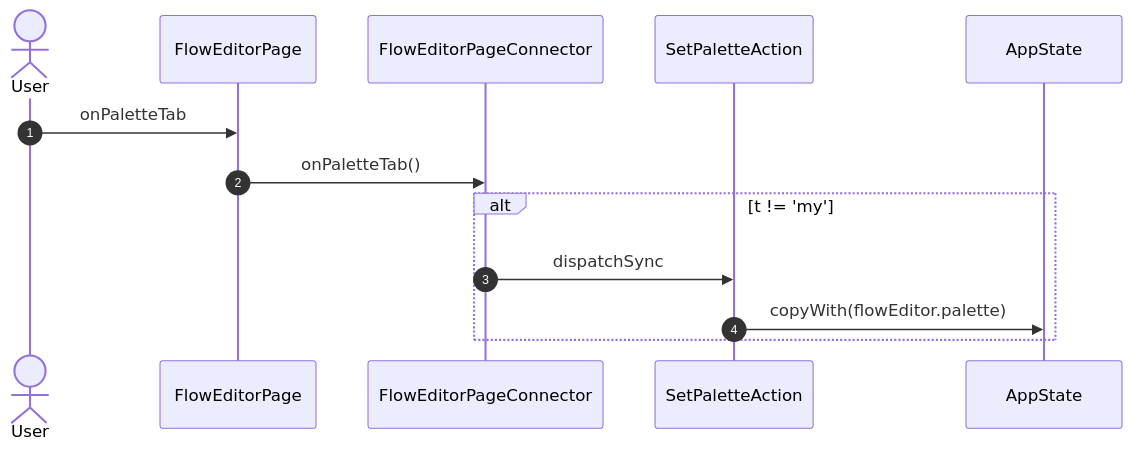
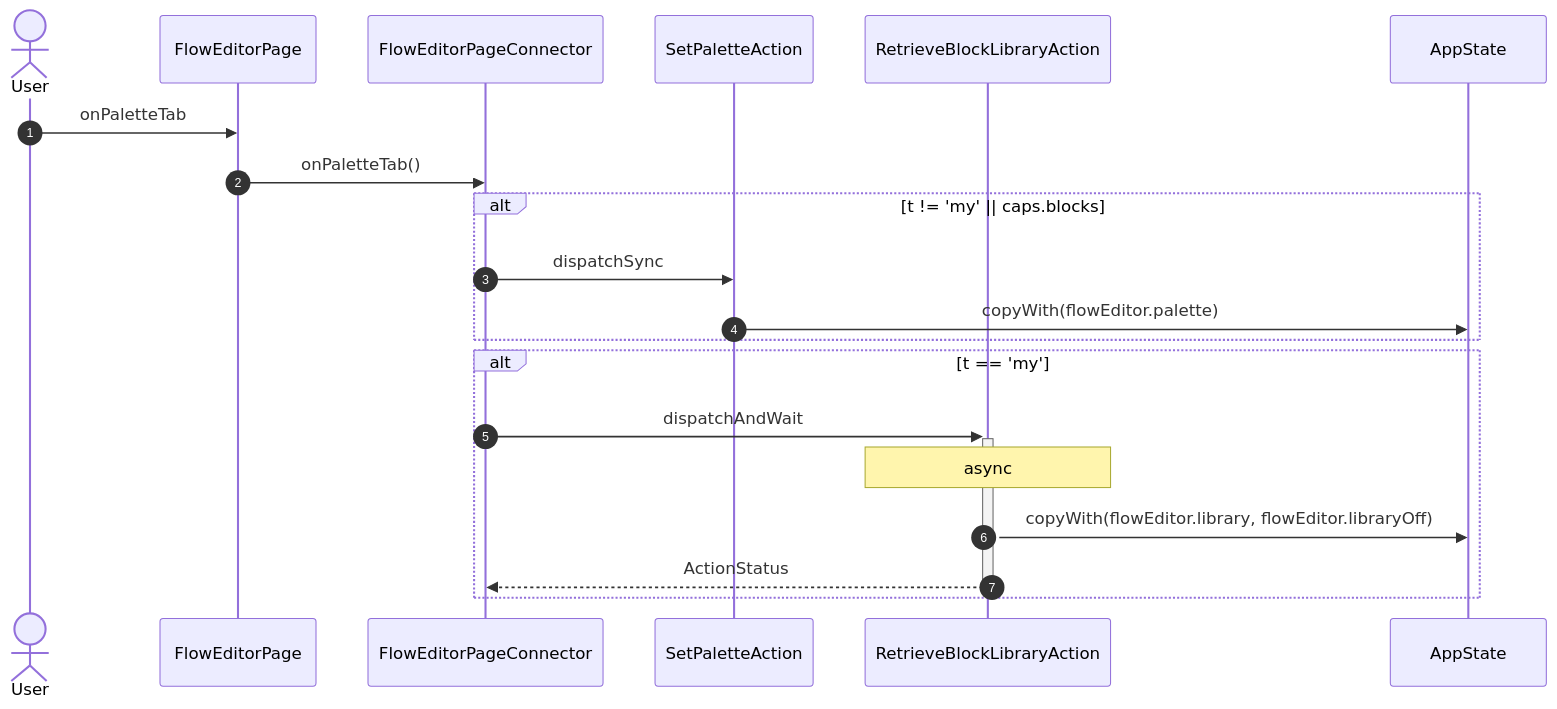
Diagram 19 of 42 in studio/docs/flows/flowEditor.md (gencto/wyrm), drawn with Mermaid before and after one commit. The commit also changed other lines of this file and 7 other files, not shown here.

````diff
--- a/studio/docs/flows/flowEditor.md
+++ b/studio/docs/flows/flowEditor.md
@@ -117,16 +375,23 @@
 ```mermaid
 sequenceDiagram
     autonumber
     actor User
     participant UI as FlowEditorPage
     participant VM as FlowEditorPageConnector
     participant A1 as SetPaletteAction
+    participant A2 as RetrieveBlockLibraryAction
     participant ST as AppState
 
     User->>UI: onPaletteTab
     UI->>VM: onPaletteTab()
-    alt t != 'my'
+    alt t != 'my' || caps.blocks
         VM->>A1: dispatchSync
         A1->>ST: copyWith(flowEditor.palette)
     end
+    alt t == 'my'
+        VM->>+A2: dispatchAndWait
+        Note over A2: async
+        A2->>ST: copyWith(flowEditor.library, flowEditor.libraryOff)
+        A2-->>-VM: ActionStatus
+    end
 ```
````
